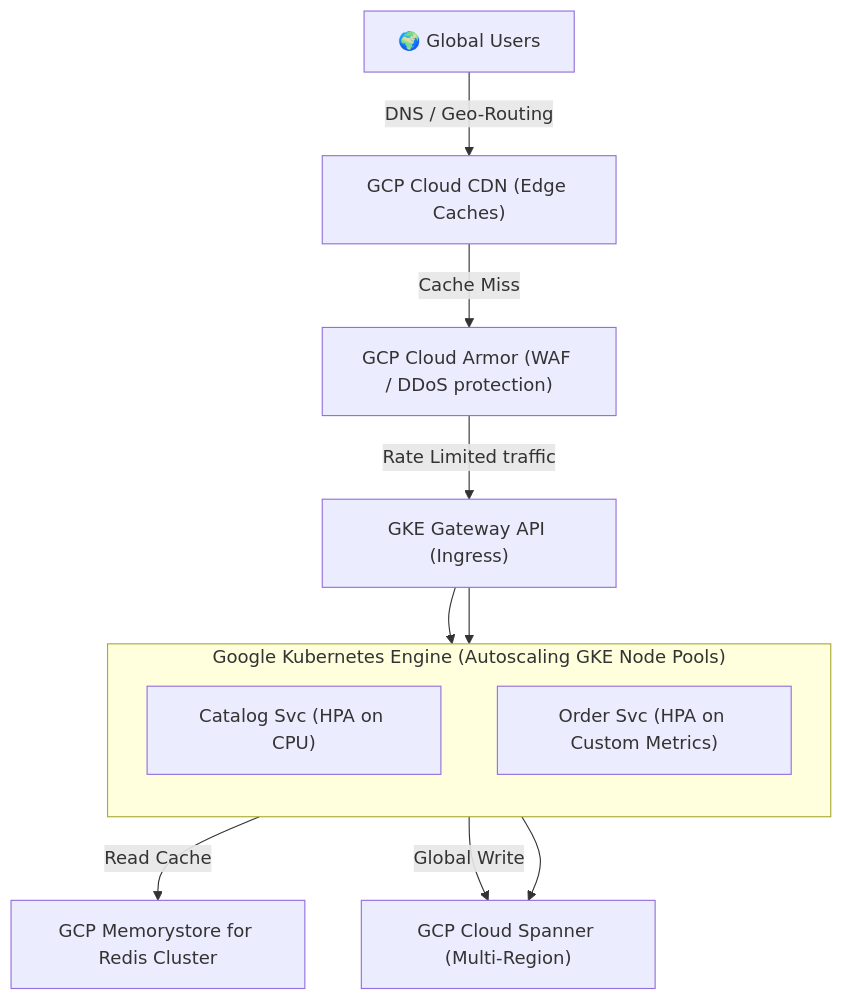
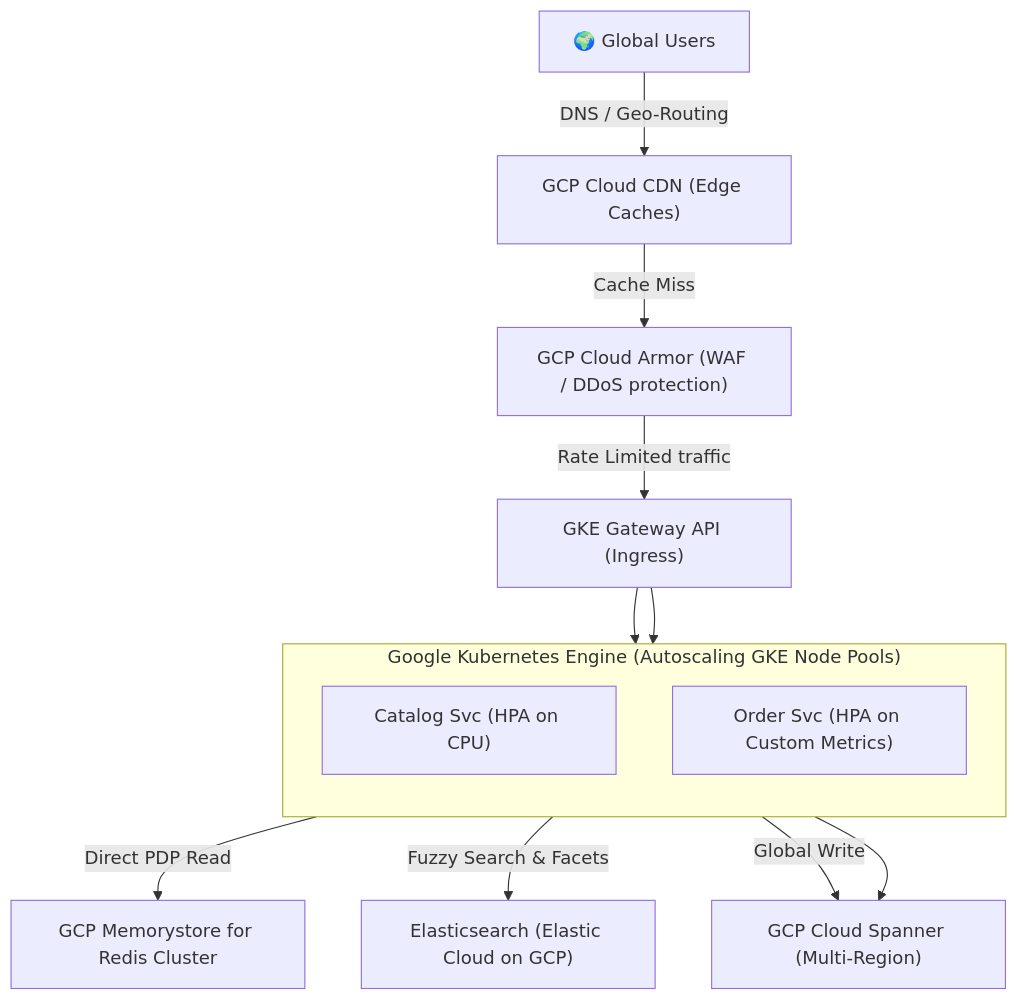
Before and after one commit to drapic88/abysalto-webshop: the first of 3 diagrams in doc/deep_dive.md, drawn with Mermaid. The commit also changed other lines of this file and 1 other file, not shown here.

````diff
--- a/doc/deep_dive.md
+++ b/doc/deep_dive.md
@@ -14,19 +14,20 @@
 ```mermaid
 graph TD
     User["🌍 Global Users"] -->|DNS / Geo-Routing| CDN["GCP Cloud CDN (Edge Caches)"]
     CDN -->|Cache Miss| Armor["GCP Cloud Armor (WAF / DDoS protection)"]
     Armor -->|Rate Limited traffic| GKE["GKE Gateway API (Ingress)"]
     
     subgraph GKE Cluster ["Google Kubernetes Engine (Autoscaling GKE Node Pools)"]
         direction TB
         Catalog["Catalog Svc (HPA on CPU)"]
         Order["Order Svc (HPA on Custom Metrics)"]
     end
     
     GKE --> Catalog
     GKE --> Order
     
-    Catalog -->|Read Cache| Redis["GCP Memorystore for Redis Cluster"]
+    Catalog -->|Direct PDP Read| Redis["GCP Memorystore for Redis Cluster"]
+    Catalog -->|Fuzzy Search & Facets| ES["Elasticsearch (Elastic Cloud on GCP)"]
     Catalog -->|Global Write| Spanner["GCP Cloud Spanner (Multi-Region)"]
     Order --> Spanner
 ```
````
